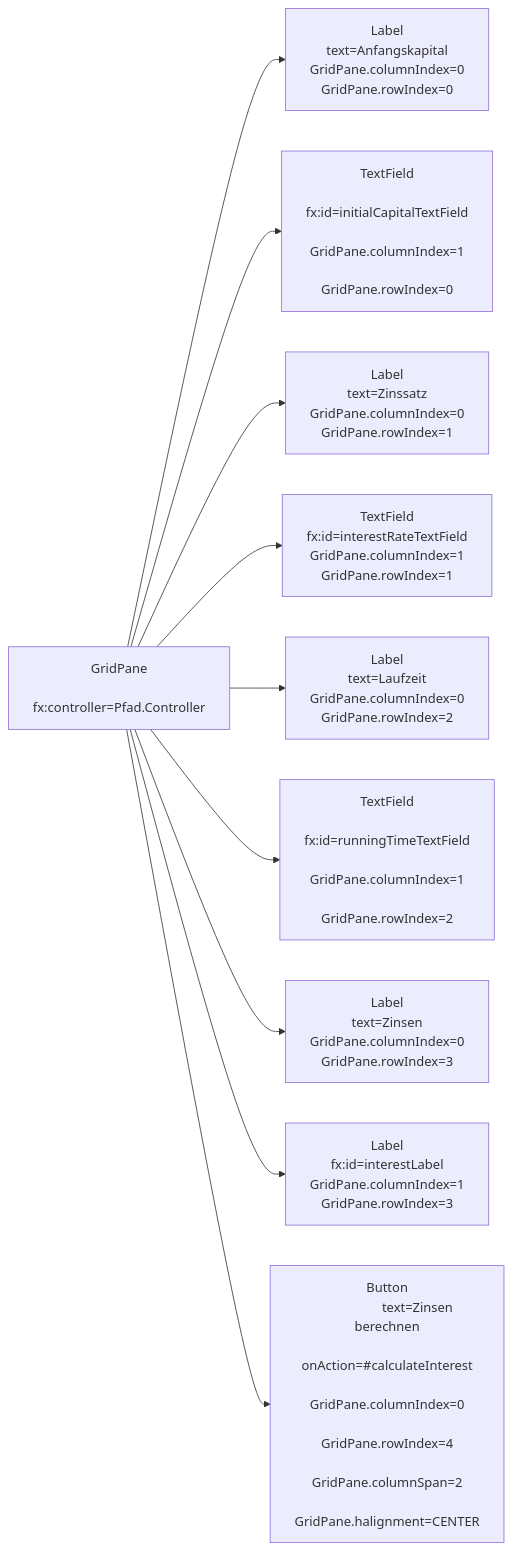
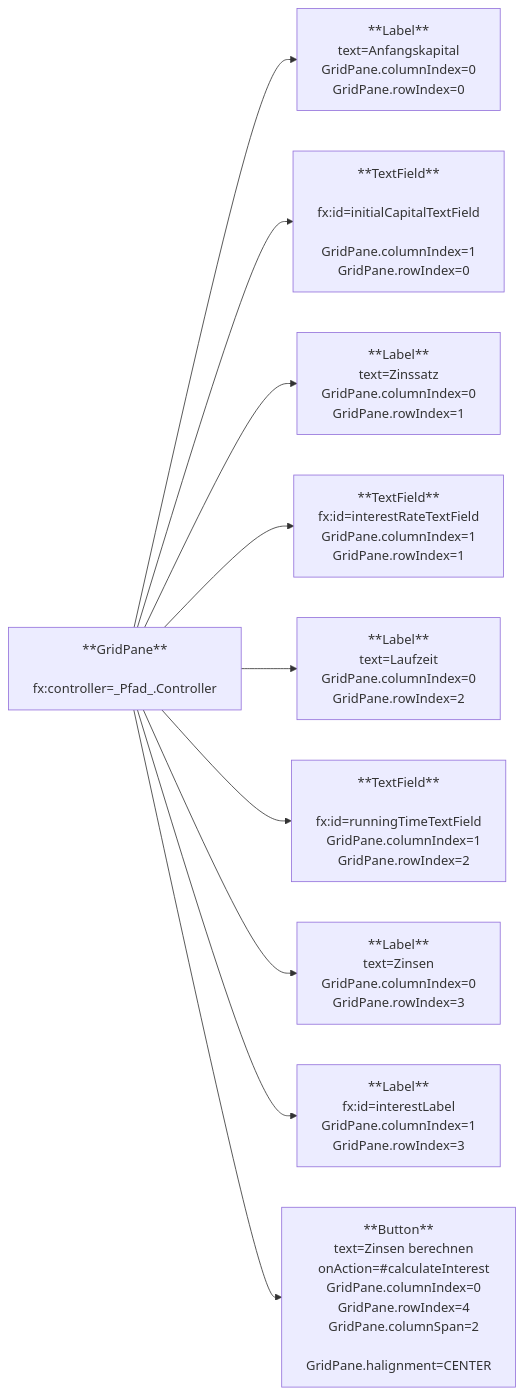
Before and after one commit to jappuccini/java-docs: the second of 2 diagrams in docs/exercises/javafx/javafx03.md, drawn with Mermaid. The commit also changed other lines of this file and 7 other files, not shown here.

Commit message:
Fix Mermaid for JavaFX Exercises

````diff
--- a/docs/exercises/javafx/javafx03.md
+++ b/docs/exercises/javafx/javafx03.md
@@ -41,54 +38,53 @@
 ```mermaid
 flowchart LR
-	gridpane[GridPane
-	         fx:controller=Pfad.Controller]
-	label1[Label
-	       text=Anfangskapital
-	       GridPane.columnIndex=0
-	       GridPane.rowIndex=0]
-	label2[Label
-	       text=Zinssatz
-	       GridPane.columnIndex=0
-	       GridPane.rowIndex=1]
-	label3[Label
-	       text=Laufzeit
-	       GridPane.columnIndex=0
-	       GridPane.rowIndex=2]
-	label4[Label
-	       text=Zinsen
-	       GridPane.columnIndex=0
-	       GridPane.rowIndex=3]
-	label5[Label
-	       fx:id=interestLabel
-	       GridPane.columnIndex=1
-	       GridPane.rowIndex=3]
-	textfield1[TextField
-	           fx:id=initialCapitalTextField
-	           GridPane.columnIndex=1
-	           GridPane.rowIndex=0]
-	textfield2[TextField
-	           fx:id=interestRateTextField
-	           GridPane.columnIndex=1
-	           GridPane.rowIndex=1]
-	textfield3[TextField
-	           fx:id=runningTimeTextField
-	           GridPane.columnIndex=1
-	           GridPane.rowIndex=2]
-	button[Button
-	           text=Zinsen berechnen
-	           onAction=#calculateInterest
-	           GridPane.columnIndex=0
-	           GridPane.rowIndex=4
-	           GridPane.columnSpan=2
-	           GridPane.halignment=CENTER]
-
-    gridpane --> label1
-    gridpane --> textfield1
-    gridpane --> label2
-    gridpane --> textfield2
-    gridpane --> label3
-    gridpane --> textfield3
-    gridpane --> label4
-    gridpane --> label5
-    gridpane --> button
+   gridpane[**GridPane**
+   fx:controller=_Pfad_.Controller]
+   label1[**Label**
+   text=Anfangskapital
+   GridPane.columnIndex=0
+   GridPane.rowIndex=0]
+   label2[**Label**
+   text=Zinssatz
+   GridPane.columnIndex=0
+   GridPane.rowIndex=1]
+   label3[**Label**
+   text=Laufzeit
+   GridPane.columnIndex=0
+   GridPane.rowIndex=2]
+   label4[**Label**
+   text=Zinsen
+   GridPane.columnIndex=0
+   GridPane.rowIndex=3]
+   label5[**Label**
+   fx:id=interestLabel
+   GridPane.columnIndex=1
+   GridPane.rowIndex=3]
+   textfield1[**TextField**
+   fx:id=initialCapitalTextField
+   GridPane.columnIndex=1
+   GridPane.rowIndex=0]
+   textfield2[**TextField**
+   fx:id=interestRateTextField
+   GridPane.columnIndex=1
+   GridPane.rowIndex=1]
+   textfield3[**TextField**
+   fx:id=runningTimeTextField
+   GridPane.columnIndex=1
+   GridPane.rowIndex=2]
+   button[**Button**
+   text=Zinsen berechnen
+   onAction=#calculateInterest
+   GridPane.columnIndex=0
+   GridPane.rowIndex=4
+   GridPane.columnSpan=2
+   GridPane.halignment=CENTER]
+   gridpane --> label1
+   gridpane --> textfield1
+   gridpane --> label2
+   gridpane --> textfield2
+   gridpane --> label3
+   gridpane --> textfield3
+   gridpane --> label4
+   gridpane --> label5
+   gridpane --> button
 ```
````
